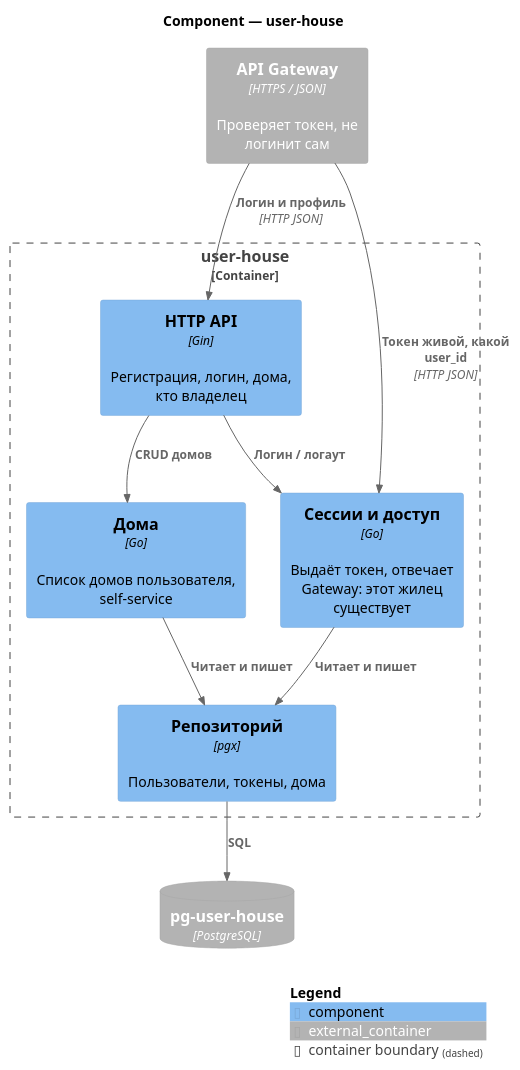
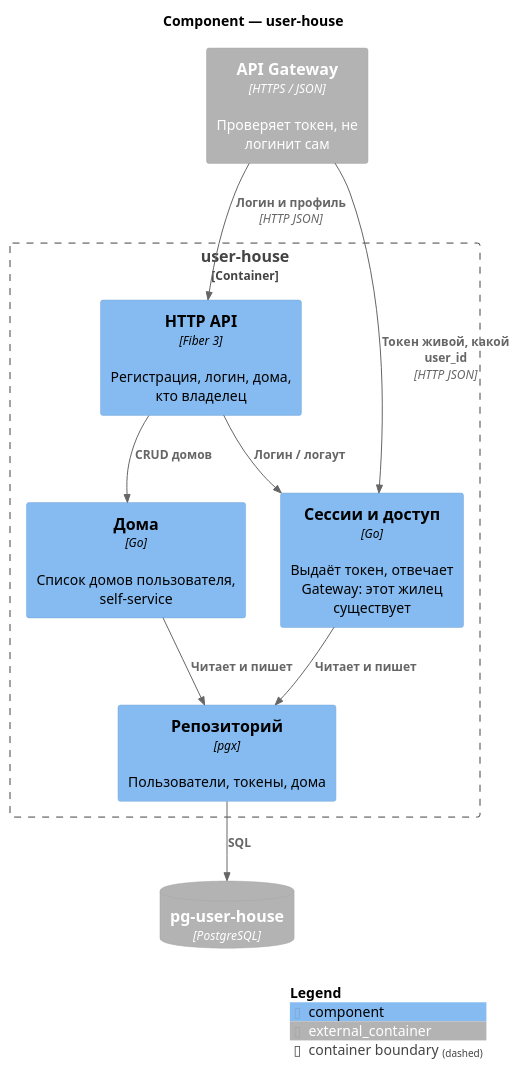
The diagram in docs/c4/02-component-user-house.puml (Dima-Karpov/architecture-pro-warmhouse), drawn with PlantUML before and after one commit. The commit also changed 20 other files, not shown here.

```diff
--- a/docs/c4/02-component-user-house.puml
+++ b/docs/c4/02-component-user-house.puml
@@ -1,25 +1,25 @@
 @startuml
 !include https://raw.githubusercontent.com/plantuml-stdlib/C4-PlantUML/master/C4_Component.puml
 
 title Component — user-house
 
 Container_Boundary(userHouse, "user-house") {
-    Component(api, "HTTP API", "Gin", "Регистрация, логин, дома, кто владелец")
+    Component(api, "HTTP API", "Fiber 3", "Регистрация, логин, дома, кто владелец")
     Component(auth, "Сессии и доступ", "Go", "Выдаёт токен, отвечает Gateway: этот жилец существует")
     Component(houses, "Дома", "Go", "Список домов пользователя, self-service")
     Component(repo, "Репозиторий", "pgx", "Пользователи, токены, дома")
 }
 
 ContainerDb_Ext(db, "pg-user-house", "PostgreSQL")
 Container_Ext(gw, "API Gateway", "HTTPS / JSON", "Проверяет токен, не логинит сам")
 
 Rel(gw, api, "Логин и профиль", "HTTP JSON")
 Rel(gw, auth, "Токен живой, какой user_id", "HTTP JSON")
 Rel(api, auth, "Логин / логаут")
 Rel(api, houses, "CRUD домов")
 Rel(auth, repo, "Читает и пишет")
 Rel(houses, repo, "Читает и пишет")
 Rel(repo, db, "SQL")
 
 SHOW_LEGEND()
 @enduml
```
